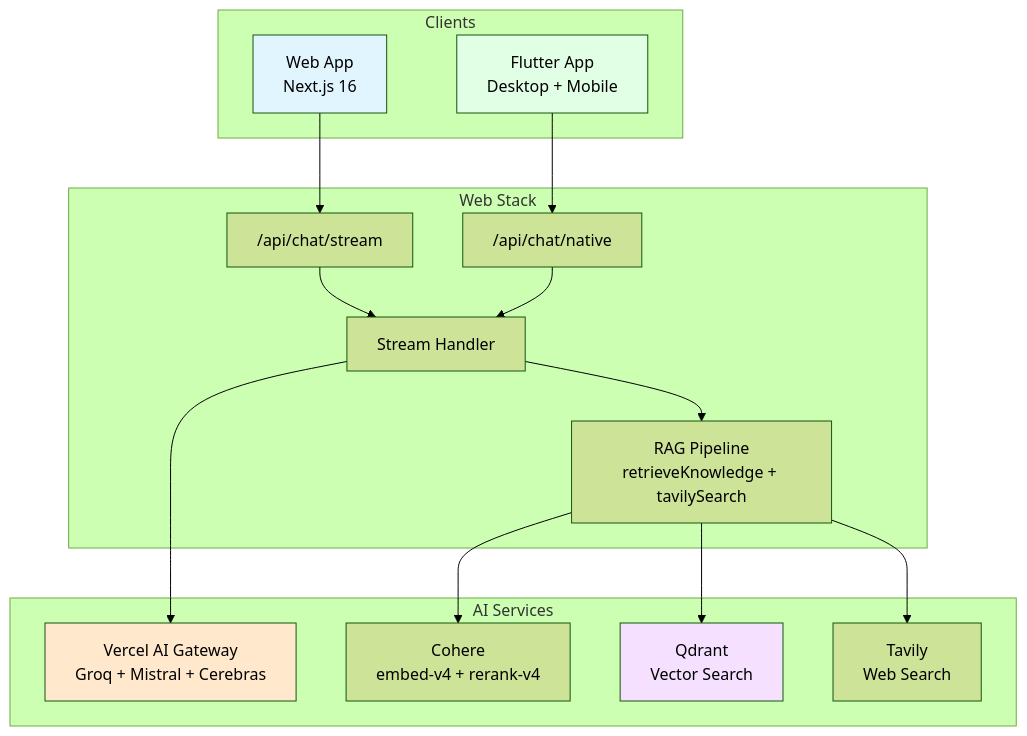
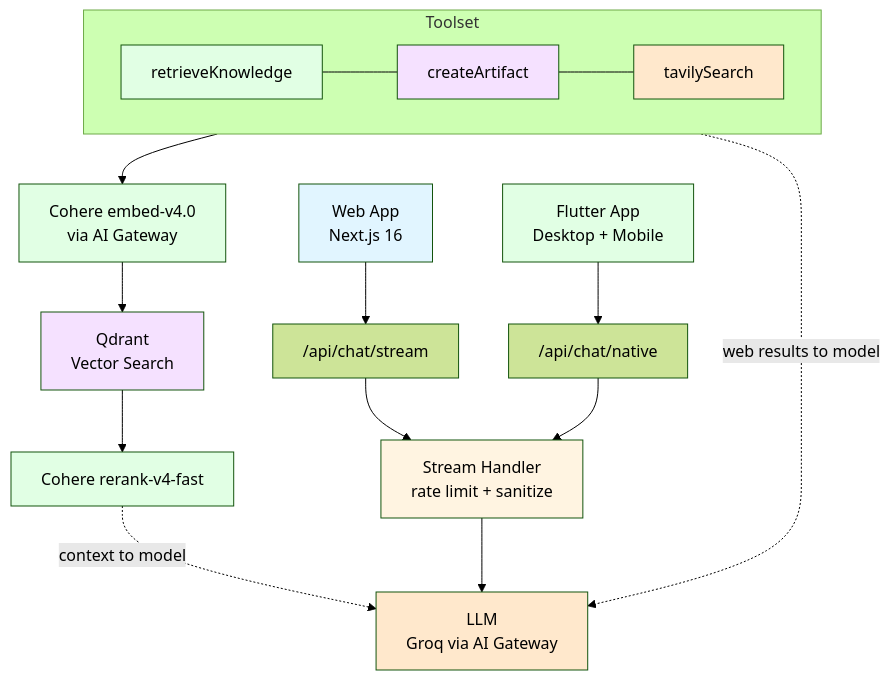
One commit to ossaidqadri/otherdev.web-02 changed the diagram in README.md. Above: the diagram before and after it, drawn with Mermaid (forest theme).

Commit message:
docs: rewrite RAG pipeline diagram to match tool-driven architecture
The model decides at runtime via toolChoice auto — no pre-classification
or separate RAG/no-RAG paths. Cohere is internal to retrieveKnowledge tool,
not a peer service. Add comments for diagram clarity per industry best practices.

````diff
--- a/README.md
+++ b/README.md
@@ -15,36 +15,48 @@
 ```mermaid
 graph TB
-    subgraph "Clients"
-        Web[Web App<br/>Next.js 16]
-        Flutter[Flutter App<br/>Desktop + Mobile]
+    %% ── Clients ──────────────────────────────────────────────────────────────
+    Web[Web App<br/>Next.js 16]
+    Flutter[Flutter App<br/>Desktop + Mobile]
+
+    %% ── API Layer ─────────────────────────────────────────────────────────────
+    APIStream["/api/chat/stream"]
+    APINative["/api/chat/native"]
+
+    %% ── Stream Handler ────────────────────────────────────────────────────────
+    StreamHandler[Stream Handler<br/>rate limit + sanitize]
+
+    %% ── LLM (toolChoice auto — decides at runtime) ───────────────────────────
+    LLM[LLM<br/>Groq via AI Gateway]
+
+    %% ── Toolset (model decides which to invoke) ───────────────────────────────
+    subgraph "Toolset"
+        direction LR
+        TK[retrieveKnowledge] --- TA[createArtifact] --- TV[tavilySearch]
     end
 
-    subgraph "Web Stack"
-        APIStream["/api/chat/stream"]
-        APINative["/api/chat/native"]
-        StreamHandler["Stream Handler"]
-        RAG["RAG Pipeline<br/>retrieveKnowledge + tavilySearch"]
-    end
+    %% ── RAG Pipeline (inside retrieveKnowledge tool) ─────────────────────────
+    TK --> Embed[Cohere embed-v4.0<br/>via AI Gateway]
+    Embed --> Qdrant[Qdrant<br/>Vector Search]
+    Qdrant --> Rerank[Cohere rerank-v4-fast]
+    Rerank -.->|"context to model"| LLM
+    TV -.->|"web results to model"| LLM
 
-    subgraph "AI Services"
-        Gateway["Vercel AI Gateway<br/>Groq + Mistral + Cerebras"]
-        Cohere["Cohere<br/>embed-v4 + rerank-v4"]
-        Qdrant["Qdrant<br/>Vector Search"]
-        Tavily["Tavily<br/>Web Search"]
-    end
-
+    %% ── Connections ────────────────────────────────────────────────────────────
     Web --> APIStream
     Flutter --> APINative
     APIStream --> StreamHandler
     APINative --> StreamHandler
-    StreamHandler --> Gateway
-    StreamHandler --> RAG
-    RAG --> Cohere
-    RAG --> Qdrant
-    RAG --> Tavily
+    StreamHandler --> LLM
 
+    %% ── Styles ────────────────────────────────────────────────────────────────
     style Web fill:#e1f5ff
     style Flutter fill:#e1ffe4
-    style Gateway fill:#ffe8cc
+    style StreamHandler fill:#fff4e1
+    style LLM fill:#ffe8cc
+    style TK fill:#e1ffe4
+    style TV fill:#ffe8cc
+    style TA fill:#f5e1ff
+    style Embed fill:#e1ffe4
     style Qdrant fill:#f5e1ff
+    style Rerank fill:#e1ffe4
 ```
````
